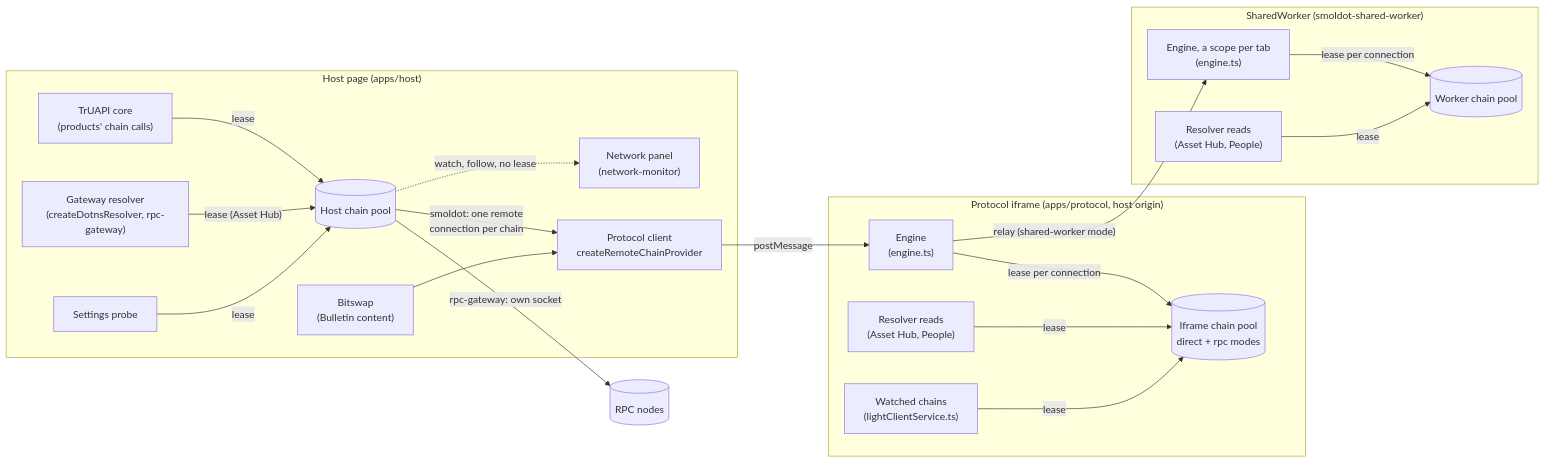
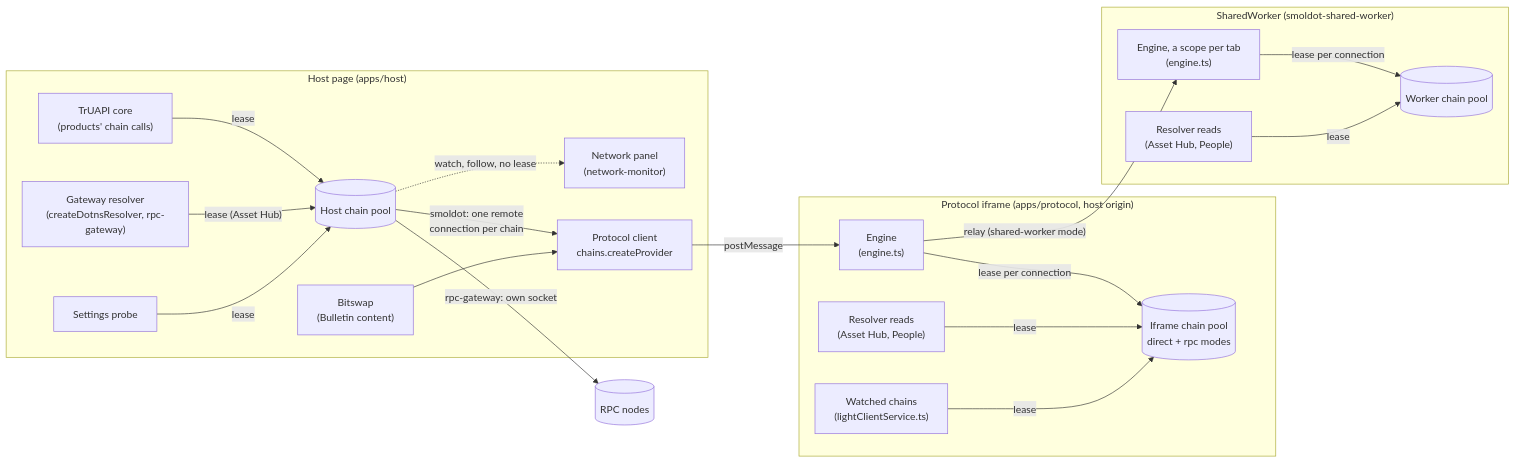
Before and after one commit to paritytech/dotli-community: the first of 7 diagrams in docs/chain-connections.md, drawn with Mermaid. The commit also changed other lines of this file and 105 other files, not shown here.

````diff
--- a/docs/chain-connections.md
+++ b/docs/chain-connections.md
@@ -36,42 +36,42 @@
 ```mermaid
 flowchart LR
   subgraph Host["Host page (apps/host)"]
     Core["TrUAPI core<br/>(products' chain calls)"]
     RpcResolve["Gateway resolver<br/>(createDotnsResolver, rpc-gateway)"]
     Panel["Network panel<br/>(network-monitor)"]
     Probe["Settings probe"]
     Bitswap["Bitswap<br/>(Bulletin content)"]
-    Client["Protocol client<br/>createRemoteChainProvider"]
+    Client["Protocol client<br/>chains.createProvider"]
     HostPool[("Host chain pool")]
   end
 
   subgraph Iframe["Protocol iframe (apps/protocol, host origin)"]
     Engine["Engine<br/>(engine.ts)"]
     IframePool[("Iframe chain pool<br/>direct + rpc modes")]
     Resolver["Resolver reads<br/>(Asset Hub, People)"]
     Observe["Watched chains<br/>(lightClientService.ts)"]
   end
 
   subgraph Worker["SharedWorker (smoldot-shared-worker)"]
     Sessions["Engine, a scope per tab<br/>(engine.ts)"]
     WorkerPool[("Worker chain pool")]
     WResolver["Resolver reads<br/>(Asset Hub, People)"]
   end
 
   Nodes[("RPC nodes")]
 
   Core -- lease --> HostPool
   RpcResolve -- "lease (Asset Hub)" --> HostPool
   HostPool -.->|"watch, follow, no lease"| Panel
   Probe -- lease --> HostPool
   HostPool -- "rpc-gateway: own socket" --> Nodes
   HostPool -- "smoldot: one remote<br/>connection per chain" --> Client
   Bitswap --> Client
   Client -- postMessage --> Engine
   Engine -- "lease per connection" --> IframePool
   Resolver -- lease --> IframePool
   Observe -- lease --> IframePool
   Engine -- "relay (shared-worker mode)" --> Sessions
   Sessions -- "lease per connection" --> WorkerPool
   WResolver -- lease --> WorkerPool
 ```
````
